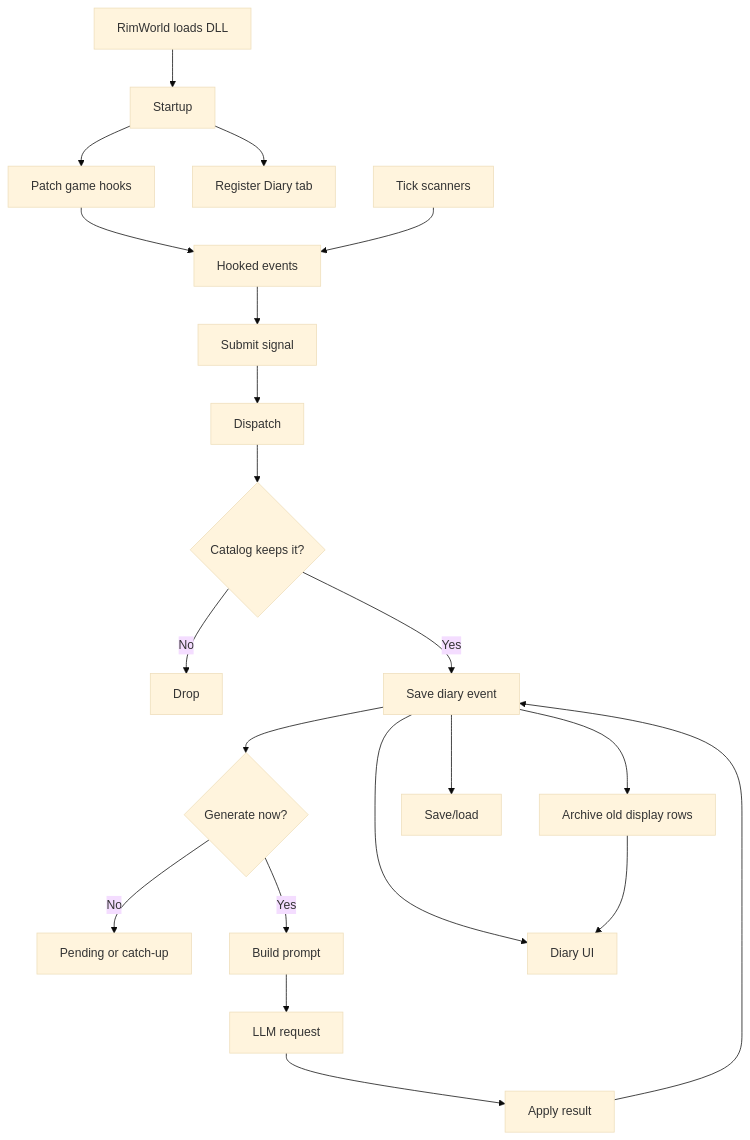
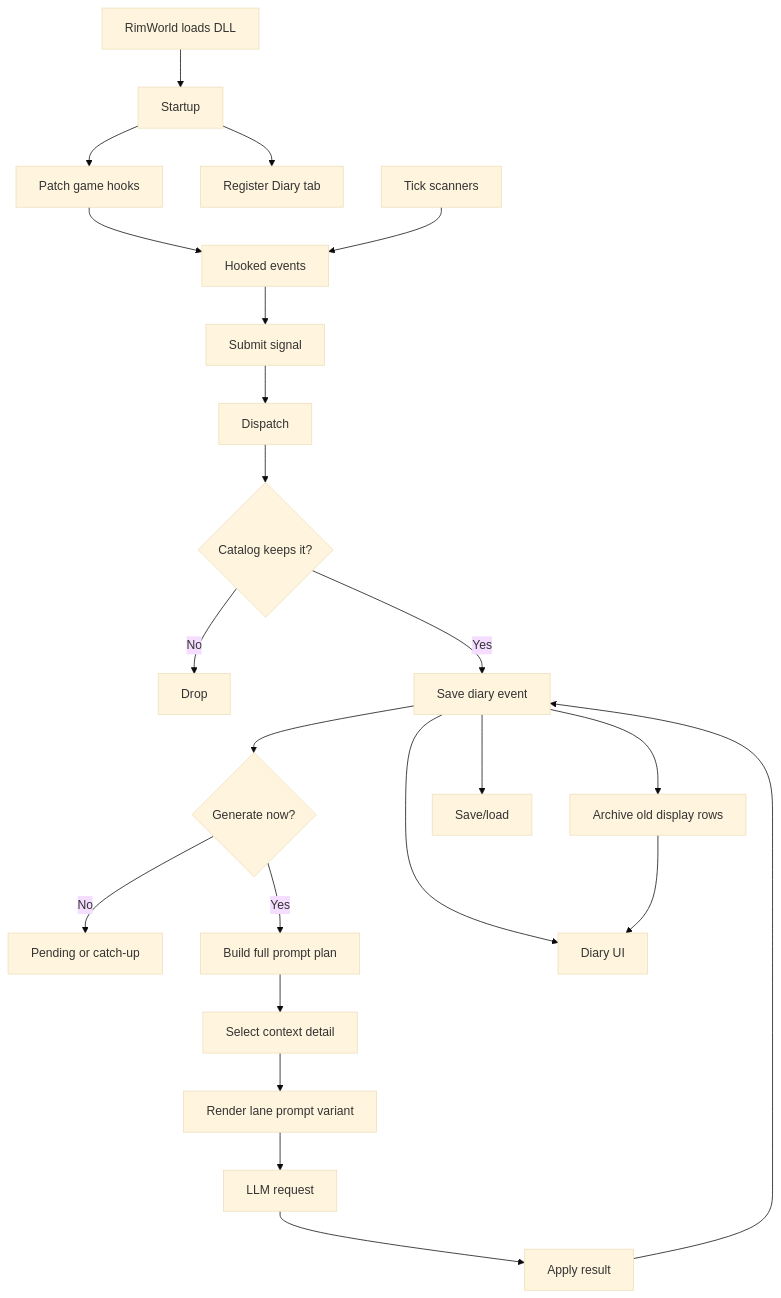
One commit to aimmlegate/PawnDiary changed the first of 3 diagrams in DOCUMENTATION.md. Above: the diagram before and after it, drawn with Mermaid (base theme). The commit also changed other lines of this file, not shown here.

Commit message:
Document prompt context detail flow

````diff
--- a/DOCUMENTATION.md
+++ b/DOCUMENTATION.md
@@ -69,23 +69,25 @@
 ```mermaid
 flowchart TD
     A["RimWorld loads DLL"] --> B["Startup"]
     B --> C["Patch game hooks"]
     B --> D["Register Diary tab"]
     C --> E["Hooked events"]
     F["Tick scanners"] --> E
     E --> G["Submit signal"]
     G --> H["Dispatch"]
     H --> I{"Catalog keeps it?"}
     I -- "No" --> J["Drop"]
     I -- "Yes" --> K["Save diary event"]
     K --> L{"Generate now?"}
     L -- "No" --> M["Pending or catch-up"]
-    L -- "Yes" --> N["Build prompt"]
-    N --> O["LLM request"]
-    O --> P["Apply result"]
-    P --> K
+    L -- "Yes" --> N["Build full prompt plan"]
+    N --> O["Select context detail"]
+    O --> P["Render lane prompt variant"]
+    P --> U["LLM request"]
+    U --> V["Apply result"]
+    V --> K
     K --> Q["Archive old display rows"]
     K --> R["Diary UI"]
     Q --> R
     K --> S["Save/load"]
 ```
````
